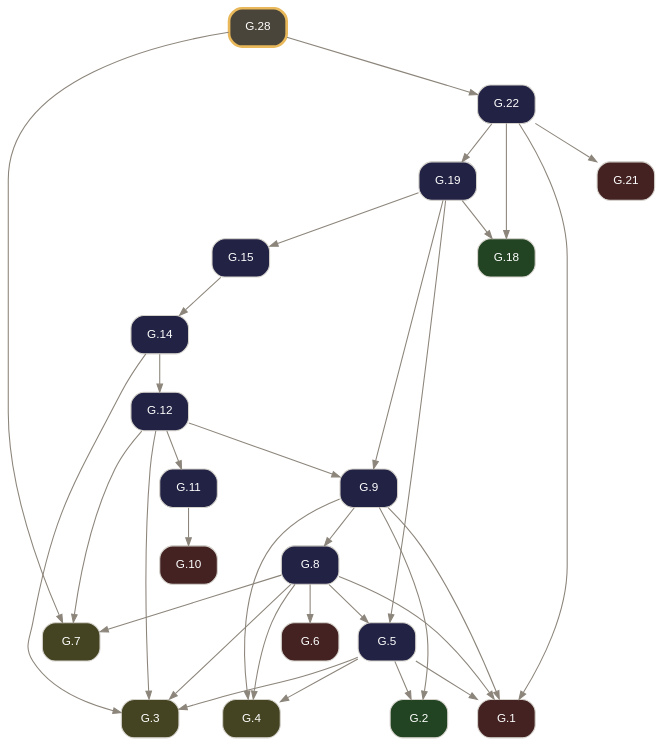
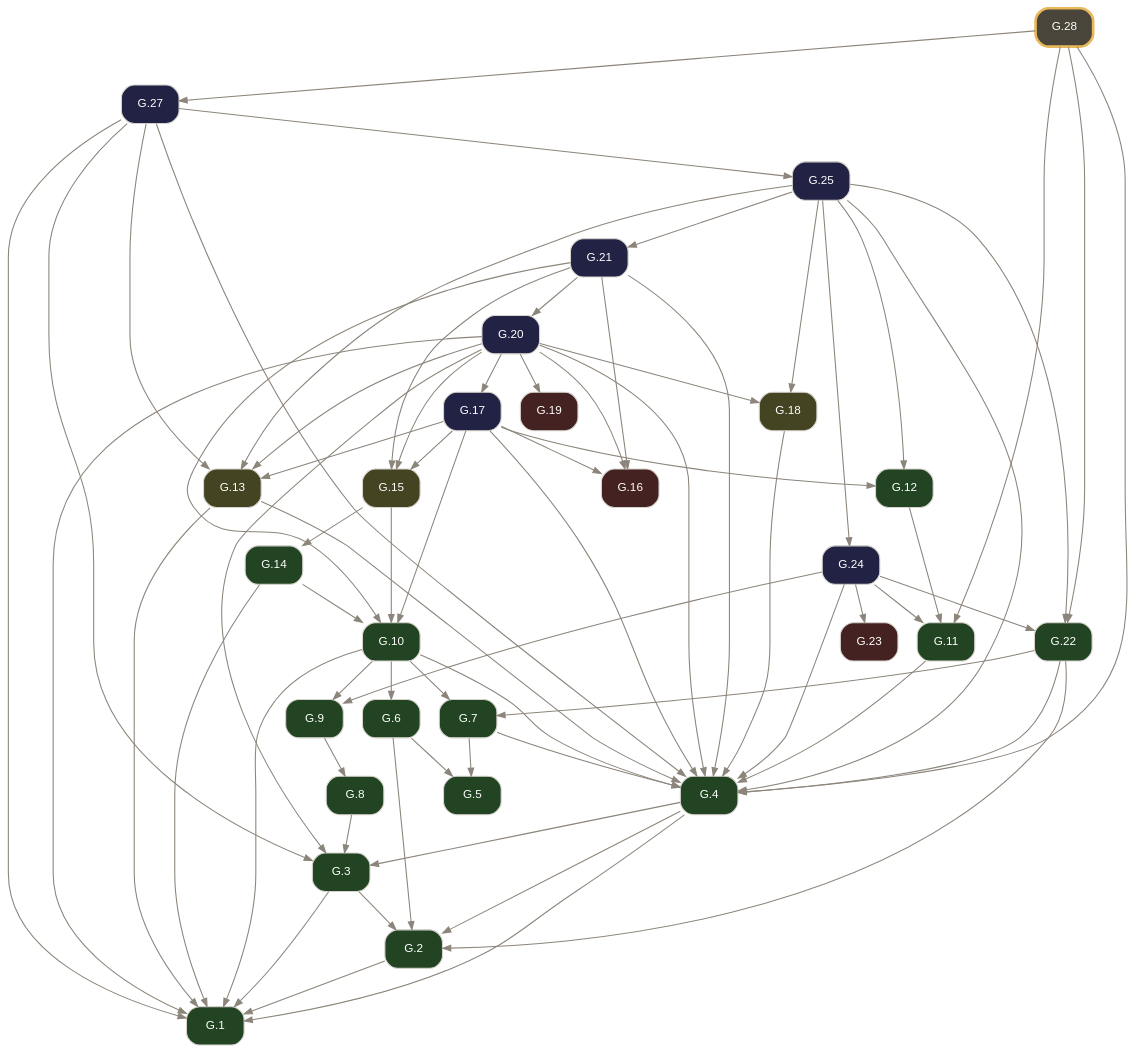
Before and after one commit to geometor/elements: the diagram in docsrc/elements2/G.28/index.rst, drawn with Graphviz. The commit also changed other lines of this file and 2974 other files, not shown here.

Commit message:
feat(elements2): wire defined terms, short verb titles, coincidence operator, and 2-point circle notation (v0.4.0)

```diff
--- a/docsrc/elements2/G.28/index.rst
+++ b/docsrc/elements2/G.28/index.rst
@@ -75,55 +84,101 @@
      node [shape=box, style="rounded,filled", fontname="Helvetica", fontsize=11, color="#d6d3cd", fontcolor="#ffffff"];
      edge [color="#8c857b", fontcolor="#8c857b", arrowsize=0.75];
      rankdir="TB";
-     "G.1" [label="G.1", tooltip="G.1 (I.cn.1): Things equal to the same thing are equal to one another.", fillcolor="#442222", URL="../G.1/index.html", target="_top"];
-     "G.2" [label="G.2", tooltip="G.2 (I.def.15): A circle is a plane figure contained by one line such that all segments falling upon it from its center are equal.", fillcolor="#224422", URL="../G.2/index.html", target="_top"];
-     "G.3" [label="G.3", tooltip="G.3 (I.post.1): Construct a segment between any two points.", fillcolor="#444422", URL="../G.3/index.html", target="_top"];
-     "G.4" [label="G.4", tooltip="G.4 (I.post.3): Construct a circle with any center and radius.", fillcolor="#444422", URL="../G.4/index.html", target="_top"];
-     "G.5" [label="G.5", tooltip="G.5 (I.1): Construct an equilateral triangle on a given finite segment.", fillcolor="#222244", URL="../G.5/index.html", target="_top"];
-     "G.6" [label="G.6", tooltip="G.6 (I.cn.3): If equals are subtracted from equals, the remainders are equal.", fillcolor="#442222", URL="../G.6/index.html", target="_top"];
-     "G.7" [label="G.7", tooltip="G.7 (I.post.2): Extend a finite segment continuously in a straight line.", fillcolor="#444422", URL="../G.7/index.html", target="_top"];
-     "G.8" [label="G.8", tooltip="G.8 (I.2): Construct at a given point a segment equal to a given segment.", fillcolor="#222244", URL="../G.8/index.html", target="_top"];
-     "G.9" [label="G.9", tooltip="G.9 (I.3): Cut off from the greater of two unequal segments a segment equal to the less.", fillcolor="#222244", URL="../G.9/index.html", target="_top"];
-     "G.10" [label="G.10", tooltip="G.10 (I.cn.4): Things that coincide with one another are equal.", fillcolor="#442222", URL="../G.10/index.html", target="_top"];
-     "G.11" [label="G.11", tooltip="G.11 (I.4): Triangles with two sides and the included angle equal are congruent (SAS).", fillcolor="#222244", URL="../G.11/index.html", target="_top"];
-     "G.12" [label="G.12", tooltip="G.12 (I.5): In an isosceles triangle, the angles at the base are equal, and if the equal sides are extended, the angles under the base are equal.", fillcolor="#222244", URL="../G.12/index.html", target="_top"];
-     "G.14" [label="G.14", tooltip="G.14 (I.7): On the same segment and on the same side, there cannot be constructed two distinct triangles with both pairs of conterminous sides equal.", fillcolor="#222244", URL="../G.14/index.html", target="_top"];
-     "G.15" [label="G.15", tooltip="G.15 (I.8): Triangles with all three corresponding sides equal have their corresponding angles equal (SSS).", fillcolor="#222244", URL="../G.15/index.html", target="_top"];
-     "G.18" [label="G.18", tooltip="G.18 (I.def.10): When a straight line standing on a straight line makes the adjacent angles equal, each of the equal angles is a right angle, and the standing line is perpendicular to that on which...", fillcolor="#224422", URL="../G.18/index.html", target="_top"];
-     "G.19" [label="G.19", tooltip="G.19 (I.11): Construct a line at right angles to a given line from a given point on it.", fillcolor="#222244", URL="../G.19/index.html", target="_top"];
-     "G.21" [label="G.21", tooltip="G.21 (I.cn.2): If equals are added to equals, the wholes are equal.", fillcolor="#442222", URL="../G.21/index.html", target="_top"];
-     "G.22" [label="G.22", tooltip="G.22 (I.13): A ray standing on a line makes either two right angles or adjacent angles summing to two right angles.", fillcolor="#222244", URL="../G.22/index.html", target="_top"];
-     "G.28" [label="G.28", tooltip="G.28 (I.17): In any triangle, the sum of any two angles is less than two right angles.", penwidth=2.5, color="#e8b85a", fillcolor="#4a453b", URL="index.html", target="_top"];
-     "G.5" -> "G.1";
-     "G.8" -> "G.1";
-     "G.9" -> "G.1";
-     "G.22" -> "G.1";
-     "G.5" -> "G.2";
-     "G.9" -> "G.2";
-     "G.5" -> "G.3";
+     "G.1" [label="G.1", tooltip="G.1 (I.def.1): A point A is that which has no part.", fillcolor="#224422", URL="../G.1/index.html", target="_top"];
+     "G.2" [label="G.2", tooltip="G.2 (I.def.2): A line [ A B ] is a projection of a relationship of two points A, B.", fillcolor="#224422", URL="../G.2/index.html", target="_top"];
+     "G.3" [label="G.3", tooltip="G.3 (I.def.3): The extremities of a segment / A B / are points A, B.", fillcolor="#224422", URL="../G.3/index.html", target="_top"];
+     "G.4" [label="G.4", tooltip="G.4 (I.def.4): A segment / A B / is a portion of a line [ A B ] between two points A, B on the line.", fillcolor="#224422", URL="../G.4/index.html", target="_top"];
+     "G.5" [label="G.5", tooltip="G.5 (I.def.5): A surface is that which has length and breadth only.", fillcolor="#224422", URL="../G.5/index.html", target="_top"];
+     "G.6" [label="G.6", tooltip="G.6 (I.def.6): The extremities of a surface are lines or arcs.", fillcolor="#224422", URL="../G.6/index.html", target="_top"];
+     "G.7" [label="G.7", tooltip="G.7 (I.def.7): A plane surface lies evenly with the lines on itself.", fillcolor="#224422", URL="../G.7/index.html", target="_top"];
+     "G.8" [label="G.8", tooltip="G.8 (I.def.13): A boundary is the extremity of anything.", fillcolor="#224422", URL="../G.8/index.html", target="_top"];
+     "G.9" [label="G.9", tooltip="G.9 (I.def.14): A figure is that which is contained by any boundary or boundaries.", fillcolor="#224422", URL="../G.9/index.html", target="_top"];
+     "G.10" [label="G.10", tooltip="G.10 (I.def.15): A circle ( A B ) is a plane figure contained by one arc defined by a center A and a point B establishing its defining radius / A B /, such that all segments / A B /, / A C /, / A D...", fillcolor="#224422", URL="../G.10/index.html", target="_top"];
+     "G.11" [label="G.11", tooltip="G.11 (I.def.19): Rectilineal figures are contained by segments: trilateral by three, quadrilateral by four, and multilateral by more than four.", fillcolor="#224422", URL="../G.11/index.html", target="_top"];
+     "G.12" [label="G.12", tooltip="G.12 (I.def.20): Of trilateral figures, an equilateral triangle < A B C > has three equal sides, an isosceles triangle < D E F > has two equal sides, and a scalene triangle < G H K > has three uneq...", fillcolor="#224422", URL="../G.12/index.html", target="_top"];
+     "G.13" [label="G.13", tooltip="G.13 (I.post.1): Construct a segment / A B / between any two points A, B.", fillcolor="#444422", URL="../G.13/index.html", target="_top"];
+     "G.14" [label="G.14", tooltip="G.14 (I.def.16): The point A within the circle ( A B ) from which all segments / A B /, / A C / to the arc are equal is called the center of the circle.", fillcolor="#224422", URL="../G.14/index.html", target="_top"];
+     "G.15" [label="G.15", tooltip="G.15 (I.post.3): Construct a circle ( A B ) with center A and defining radius point B.", fillcolor="#444422", URL="../G.15/index.html", target="_top"];
+     "G.16" [label="G.16", tooltip="G.16 (I.cn.1): Things equal to the same thing are equal to one another.", fillcolor="#442222", URL="../G.16/index.html", target="_top"];
+     "G.17" [label="G.17", tooltip="G.17 (I.1): Construct an equilateral triangle on a given segment.", fillcolor="#222244", URL="../G.17/index.html", target="_top"];
+     "G.18" [label="G.18", tooltip="G.18 (I.post.2): Extend a segment / A B / continuously along a line [ A B ] to / B C /.", fillcolor="#444422", URL="../G.18/index.html", target="_top"];
+     "G.19" [label="G.19", tooltip="G.19 (I.cn.3): If equals are subtracted from equals, the remainders are equal.", fillcolor="#442222", URL="../G.19/index.html", target="_top"];
+     "G.20" [label="G.20", tooltip="G.20 (I.2): Construct at a given point a segment equal to a given segment.", fillcolor="#222244", URL="../G.20/index.html", target="_top"];
+     "G.21" [label="G.21", tooltip="G.21 (I.3): Cut off from the greater of two unequal segments a segment equal to the less.", fillcolor="#222244", URL="../G.21/index.html", target="_top"];
+     "G.22" [label="G.22", tooltip="G.22 (I.def.8): A plane angle is the inclination to one another of two lines or arcs in a plane that meet and do not lie on the same line.", fillcolor="#224422", URL="../G.22/index.html", target="_top"];
+     "G.23" [label="G.23", tooltip="G.23 (I.cn.4): Things / A B /, / D E / that coincide with one another are equal to one another.", fillcolor="#442222", URL="../G.23/index.html", target="_top"];
+     "G.24" [label="G.24", tooltip="G.24 (I.4): Triangles with two sides and the included angle equal are congruent (SAS).", fillcolor="#222244", URL="../G.24/index.html", target="_top"];
+     "G.25" [label="G.25", tooltip="G.25 (I.5): In an isosceles triangle, the angles at the base are equal, and if the equal sides are extended, the angles under the base are equal.", fillcolor="#222244", URL="../G.25/index.html", target="_top"];
+     "G.27" [label="G.27", tooltip="G.27 (I.7): On the same segment and on the same side, there cannot be constructed two distinct triangles with both pairs of conterminous sides equal.", fillcolor="#222244", URL="../G.27/index.html", target="_top"];
+     "G.28" [label="G.28", tooltip="G.28 (I.8): Triangles with all three corresponding sides equal have their corresponding angles equal (SSS).", penwidth=2.5, color="#e8b85a", fillcolor="#4a453b", URL="index.html", target="_top"];
+     "G.2" -> "G.1";
+     "G.3" -> "G.1";
+     "G.4" -> "G.1";
+     "G.10" -> "G.1";
+     "G.13" -> "G.1";
+     "G.14" -> "G.1";
+     "G.20" -> "G.1";
+     "G.27" -> "G.1";
+     "G.3" -> "G.2";
+     "G.4" -> "G.2";
+     "G.6" -> "G.2";
+     "G.22" -> "G.2";
+     "G.4" -> "G.3";
      "G.8" -> "G.3";
-     "G.12" -> "G.3";
-     "G.14" -> "G.3";
-     "G.5" -> "G.4";
-     "G.8" -> "G.4";
-     "G.9" -> "G.4";
-     "G.8" -> "G.5";
-     "G.19" -> "G.5";
-     "G.8" -> "G.6";
-     "G.8" -> "G.7";
-     "G.12" -> "G.7";
-     "G.28" -> "G.7";
+     "G.20" -> "G.3";
+     "G.27" -> "G.3";
+     "G.7" -> "G.4";
+     "G.10" -> "G.4";
+     "G.11" -> "G.4";
+     "G.13" -> "G.4";
+     "G.17" -> "G.4";
+     "G.18" -> "G.4";
+     "G.20" -> "G.4";
+     "G.21" -> "G.4";
+     "G.22" -> "G.4";
+     "G.24" -> "G.4";
+     "G.25" -> "G.4";
+     "G.27" -> "G.4";
+     "G.28" -> "G.4";
+     "G.6" -> "G.5";
+     "G.7" -> "G.5";
+     "G.10" -> "G.6";
+     "G.10" -> "G.7";
+     "G.22" -> "G.7";
      "G.9" -> "G.8";
-     "G.12" -> "G.9";
-     "G.19" -> "G.9";
-     "G.11" -> "G.10";
+     "G.10" -> "G.9";
+     "G.24" -> "G.9";
+     "G.14" -> "G.10";
+     "G.15" -> "G.10";
+     "G.17" -> "G.10";
+     "G.21" -> "G.10";
      "G.12" -> "G.11";
-     "G.14" -> "G.12";
+     "G.24" -> "G.11";
+     "G.28" -> "G.11";
+     "G.17" -> "G.12";
+     "G.25" -> "G.12";
+     "G.17" -> "G.13";
+     "G.20" -> "G.13";
+     "G.25" -> "G.13";
+     "G.27" -> "G.13";
      "G.15" -> "G.14";
-     "G.19" -> "G.15";
-     "G.19" -> "G.18";
-     "G.22" -> "G.18";
-     "G.22" -> "G.19";
-     "G.22" -> "G.21";
+     "G.17" -> "G.15";
+     "G.20" -> "G.15";
+     "G.21" -> "G.15";
+     "G.17" -> "G.16";
+     "G.20" -> "G.16";
+     "G.21" -> "G.16";
+     "G.20" -> "G.17";
+     "G.20" -> "G.18";
+     "G.25" -> "G.18";
+     "G.20" -> "G.19";
+     "G.21" -> "G.20";
+     "G.25" -> "G.21";
+     "G.24" -> "G.22";
+     "G.25" -> "G.22";
      "G.28" -> "G.22";
+     "G.24" -> "G.23";
+     "G.25" -> "G.24";
+     "G.27" -> "G.25";
+     "G.28" -> "G.27";
    }
```
